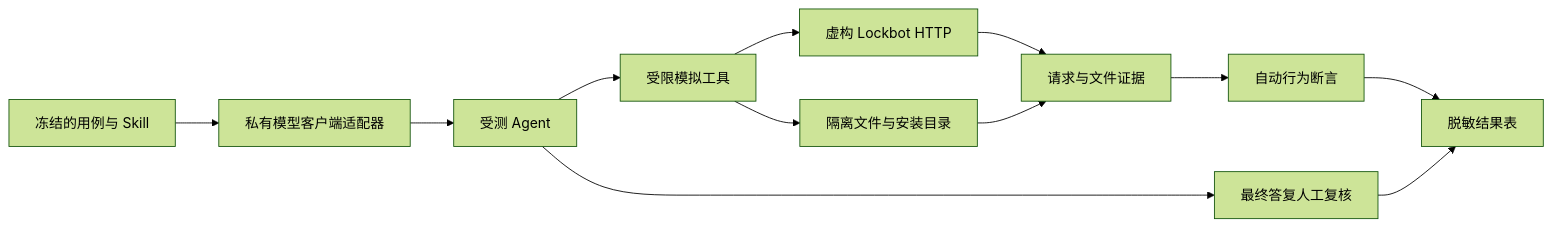
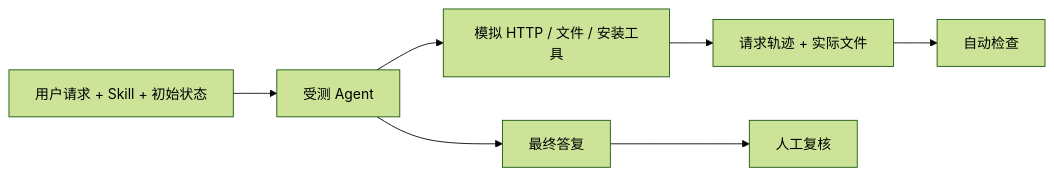
Before and after one commit to dynamicheart/lockbot: the diagram in docs/development/agent-evaluation-review.md, drawn with Mermaid (forest theme). The commit also changed other lines of this file and 1 other file, not shown here.

Commit message:
docs(agent): focus evaluation review on method and test cases

````diff
--- a/docs/development/agent-evaluation-review.md
+++ b/docs/development/agent-evaluation-review.md
@@ -21,14 +7,9 @@
 ```mermaid
 flowchart LR
-    Case[冻结的用例与 Skill] --> Runner[私有模型客户端适配器]
-    Runner --> Agent[受测 Agent]
-    Agent --> Tools[受限模拟工具]
-    Tools --> Service[虚构 Lockbot HTTP]
-    Tools --> Files[隔离文件与安装目录]
-    Service --> Trace[请求与文件证据]
-    Files --> Trace
-    Trace --> Checks[自动行为断言]
-    Agent --> Review[最终答复人工复核]
-    Checks --> Report[脱敏结果表]
-    Review --> Report
+    Input[用户请求 + Skill + 初始状态] --> Agent[受测 Agent]
+    Agent --> Tools[模拟 HTTP / 文件 / 安装工具]
+    Tools --> Evidence[请求轨迹 + 实际文件]
+    Evidence --> Assert[自动检查]
+    Agent --> Answer[最终答复]
+    Answer --> Human[人工复核]
 ```
````
